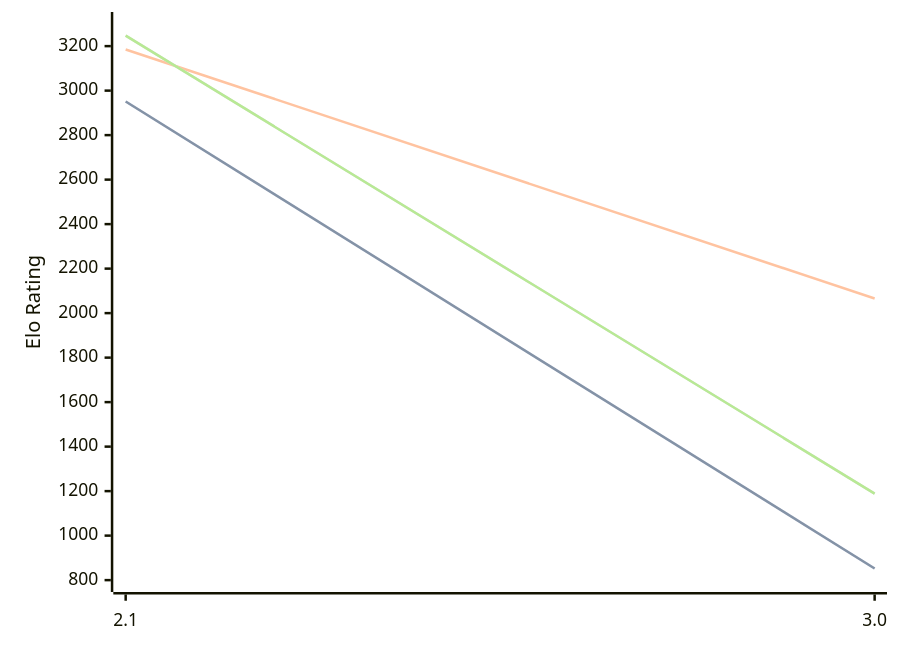
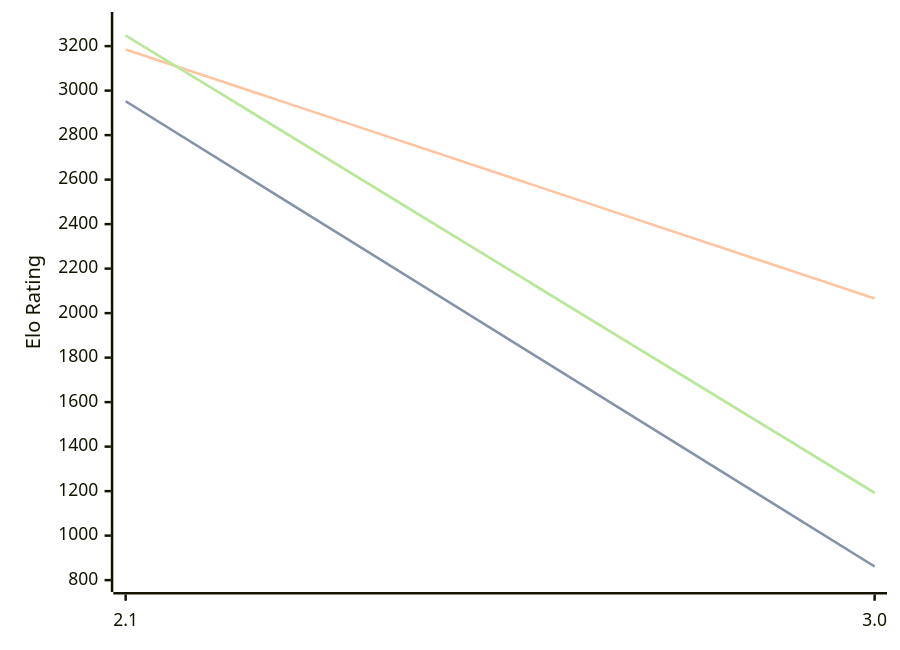
Before and after one commit to computer-chess-index/cci: the diagram in engines/Quirky.md, drawn with Mermaid. The commit also changed other lines of this file, not shown here.

Commit message:
Update CCI Ratings (ELO VLTC) - 2026-08-21

````diff
--- a/engines/Quirky.md
+++ b/engines/Quirky.md
@@ -32,11 +32,11 @@
 ```mermaid
 %%{init: {"theme":"base","themeVariables":{"seriesColors:['#a3a3a3','#222221','#faa371']}}}%%
 xychart-beta
   x-axis ["2.1", "3.0"]
   y-axis "Elo Rating" 800 --> 3300
-  line "STC (8.0+0.08s)" [2951, 852]
-  line "STC (8.0+0.08s)" [2951, 852]
+  line "STC (8.0+0.08s)" [2952, 861]
+  line "STC (8.0+0.08s)" [2952, 861]
   line "LTC (60.0+0.60s)" [3185, 2066]
-  line "VLTC (2m24s+1.12s)" [3247, 1189]
-  line "VLTC (2m24s+1.12s)" [3247, 1189]
+  line "VLTC (2m24s+1.12s)" [3248, 1192]
+  line "VLTC (2m24s+1.12s)" [3248, 1192]
 ```
````
